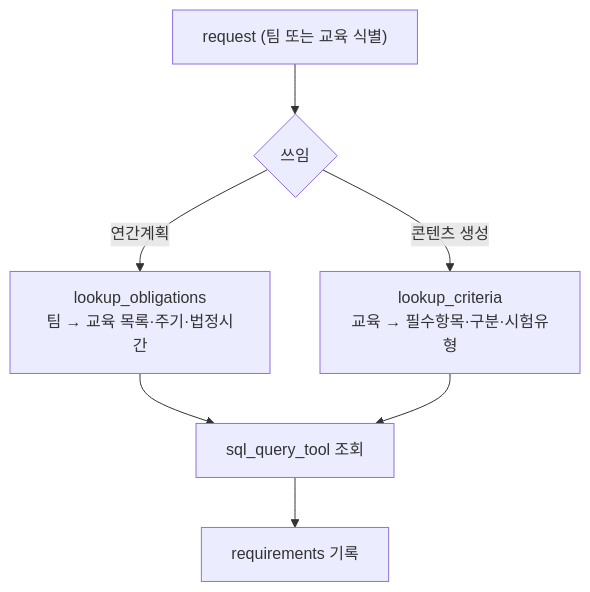
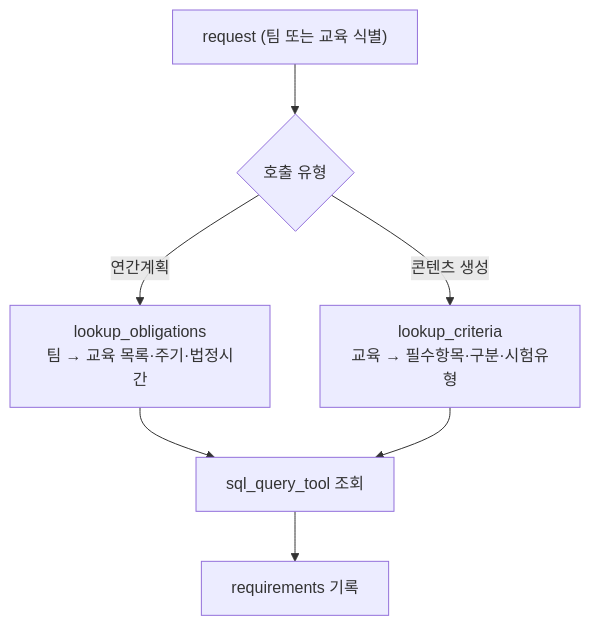
One commit to Doc-AI-Agent-development/Doc-AI-Agent-development.github.io changed the third of 3 diagrams in docs/agents/compliance.md. Above: the diagram before and after it, drawn with Mermaid. The commit also changed 1 other file, not shown here.

Commit message:
Clarify branch label: 쓰임 -> 호출 유형 in flow diagrams

````diff
--- a/docs/agents/compliance.md
+++ b/docs/agents/compliance.md
@@ -64,9 +64,9 @@
 ```mermaid
 flowchart TD
-    REQ["request (팀 또는 교육 식별)"] --> D{"쓰임"}
+    REQ["request (팀 또는 교육 식별)"] --> D{"호출 유형"}
     D -->|"연간계획"| OBL["lookup_obligations<br/>팀 → 교육 목록·주기·법정시간"]
     D -->|"콘텐츠 생성"| CRI["lookup_criteria<br/>교육 → 필수항목·구분·시험유형"]
     OBL --> TOOL["sql_query_tool 조회"]
     CRI --> TOOL
     TOOL --> OUT["requirements 기록"]
 ```
````
